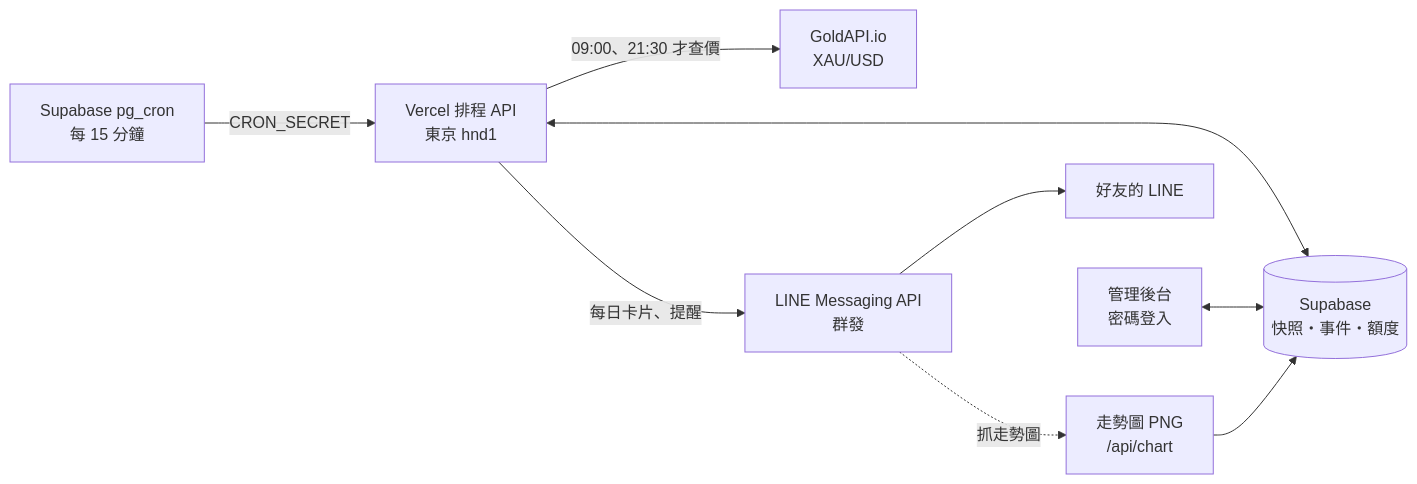
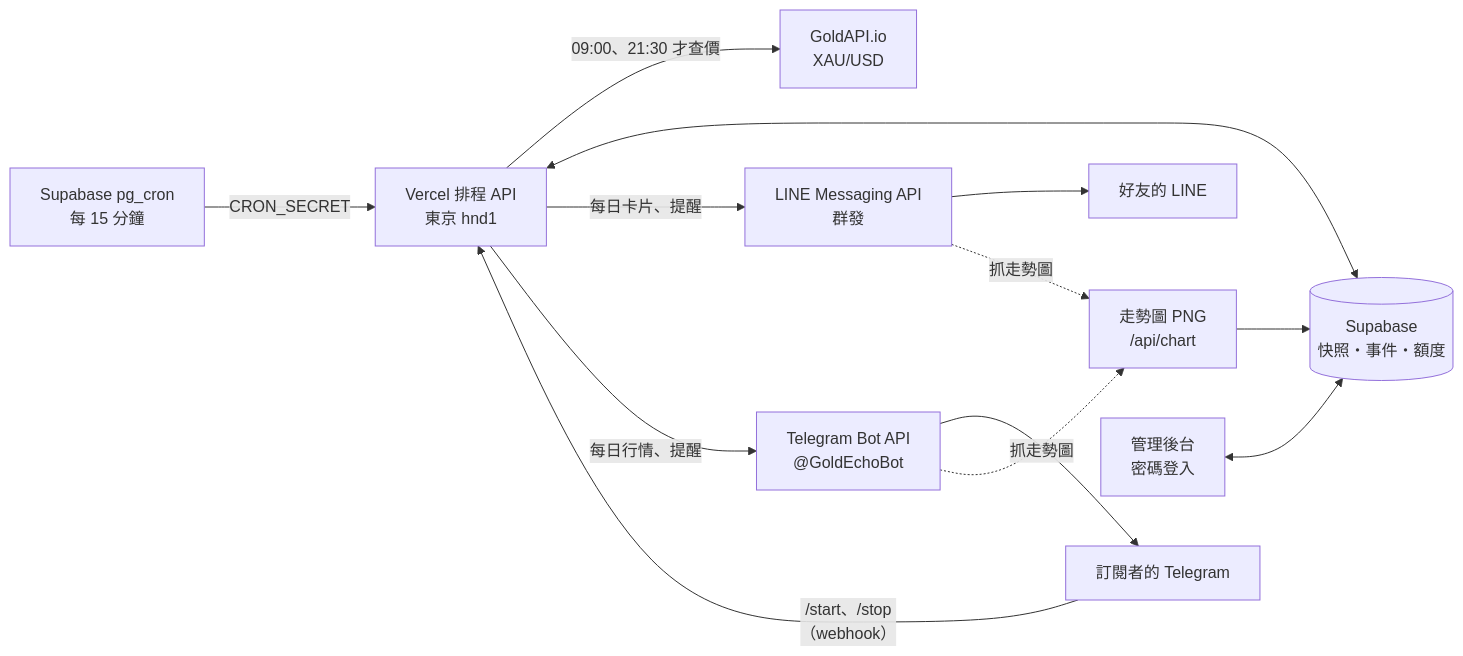
One commit to sunnerSnow/gold_daily changed the diagram in README.md. Above: the diagram before and after it, drawn with Mermaid. The commit also changed other lines of this file and 12 other files, not shown here.

First line of the commit message:
更換網站 logo，新增 Telegram 推廣圖設計檔

````diff
--- a/README.md
+++ b/README.md
@@ -121,11 +154,15 @@
 ```mermaid
 flowchart LR
     cron["Supabase pg_cron<br/>每 15 分鐘"] -->|CRON_SECRET| api["Vercel 排程 API<br/>東京 hnd1"]
     api -->|"09:00、21:30 才查價"| gold["GoldAPI.io<br/>XAU/USD"]
     api <--> db[("Supabase<br/>快照・事件・額度")]
     api -->|"每日卡片、提醒"| line["LINE Messaging API<br/>群發"]
     line --> friends["好友的 LINE"]
     line -. 抓走勢圖 .-> chart["走勢圖 PNG<br/>/api/chart"]
+    api -->|"每日行情、提醒"| tg["Telegram Bot API<br/>@GoldEchoBot"]
+    tg --> subs["訂閱者的 Telegram"]
+    tg -. 抓走勢圖 .-> chart
+    subs -->|"/start、/stop<br/>（webhook）"| api
     chart --> db
     admin["管理後台<br/>密碼登入"] <--> db
 ```
````
